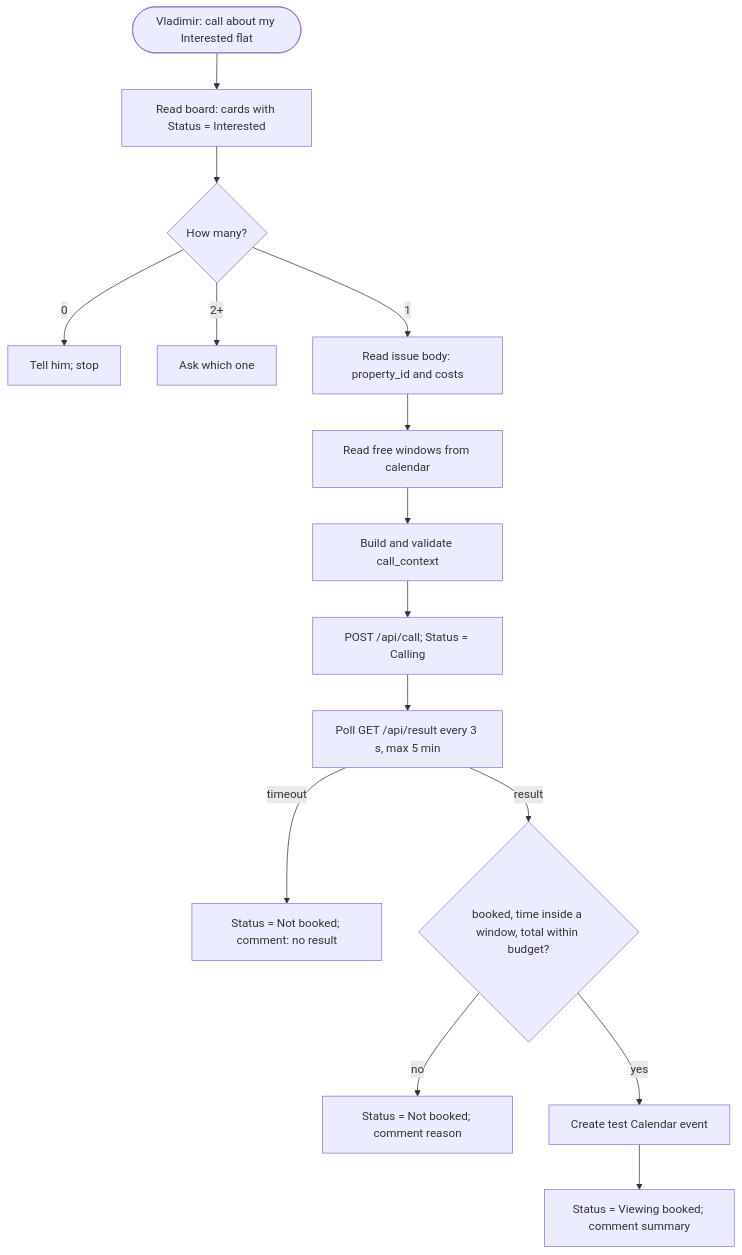
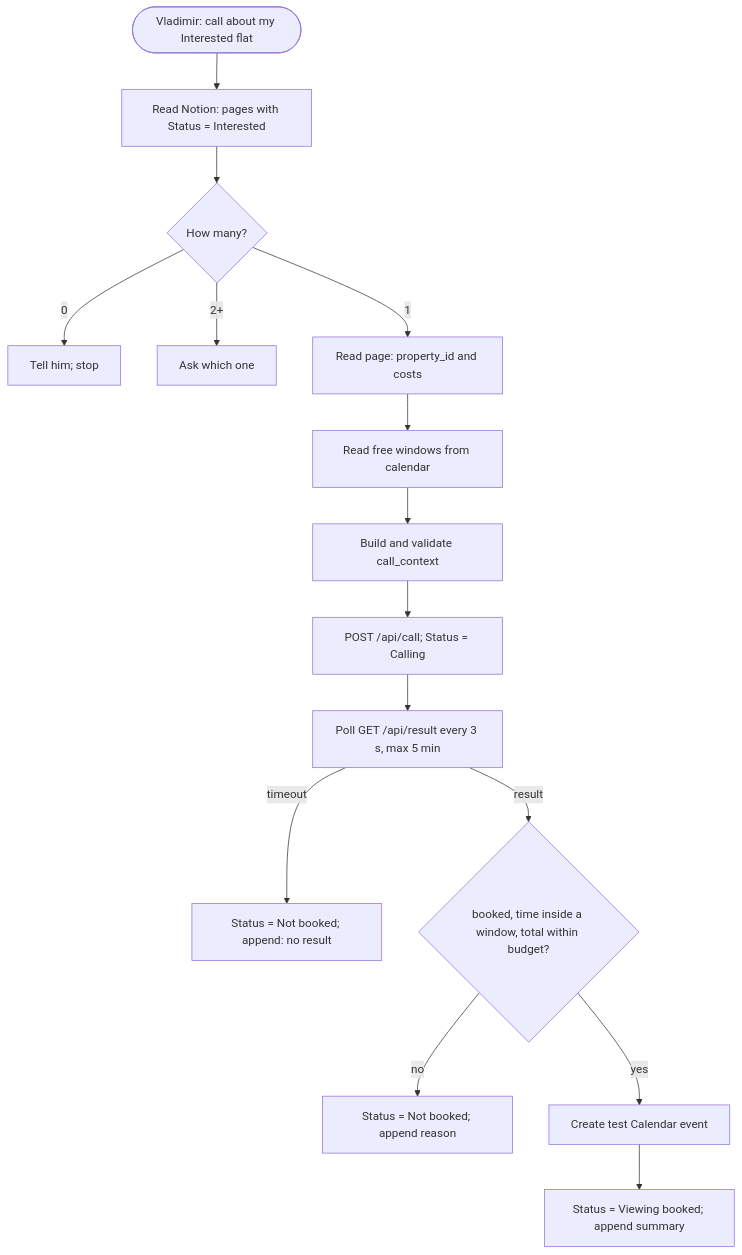
Before and after one commit to Skilux/domovoy: the diagram in docs/prd/skill.md, drawn with Mermaid. The commit also changed other lines of this file and 10 other files, not shown here.

First line of the commit message:
docs: actor PRD and switch shortlist from GitHub board to Notion

````diff
--- a/docs/prd/skill.md
+++ b/docs/prd/skill.md
@@ -20,17 +21,17 @@
 ```mermaid
 flowchart TD
-  U([Vladimir: call about my Interested flat]) --> A[Read board: cards with Status = Interested]
+  U([Vladimir: call about my Interested flat]) --> A[Read Notion: pages with Status = Interested]
   A --> B{How many?}
   B -- 0 --> B0[Tell him; stop]
   B -- 2+ --> B2[Ask which one]
-  B -- 1 --> C[Read issue body: property_id and costs]
+  B -- 1 --> C[Read page: property_id and costs]
   C --> D[Read free windows from calendar]
   D --> E[Build and validate call_context]
   E --> F[POST /api/call; Status = Calling]
   F --> G[Poll GET /api/result every 3 s, max 5 min]
-  G -- timeout --> N[Status = Not booked; comment: no result]
+  G -- timeout --> N[Status = Not booked; append: no result]
   G -- result --> H{booked, time inside a window, total within budget?}
-  H -- no --> N2[Status = Not booked; comment reason]
+  H -- no --> N2[Status = Not booked; append reason]
   H -- yes --> I[Create test Calendar event]
-  I --> J[Status = Viewing booked; comment summary]
+  I --> J[Status = Viewing booked; append summary]
 ```
````
